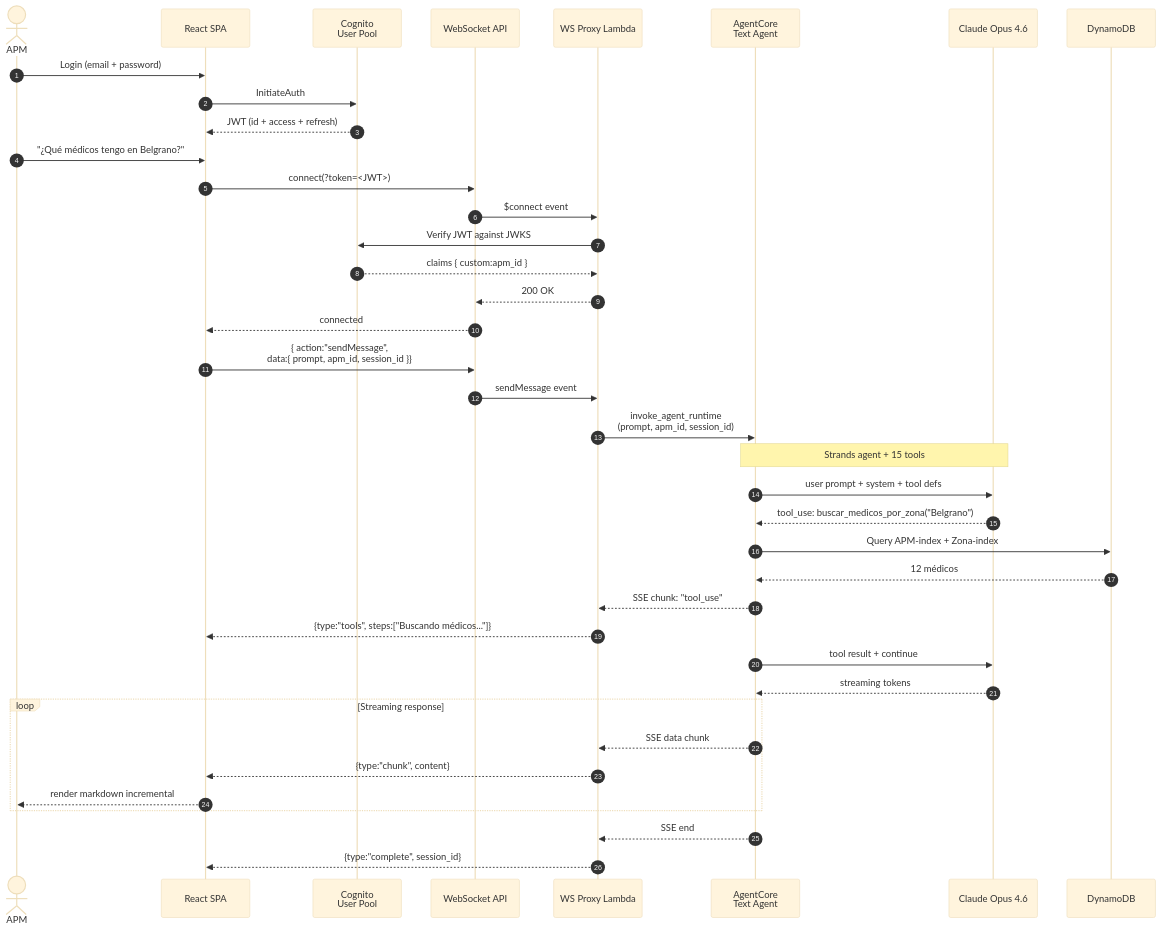
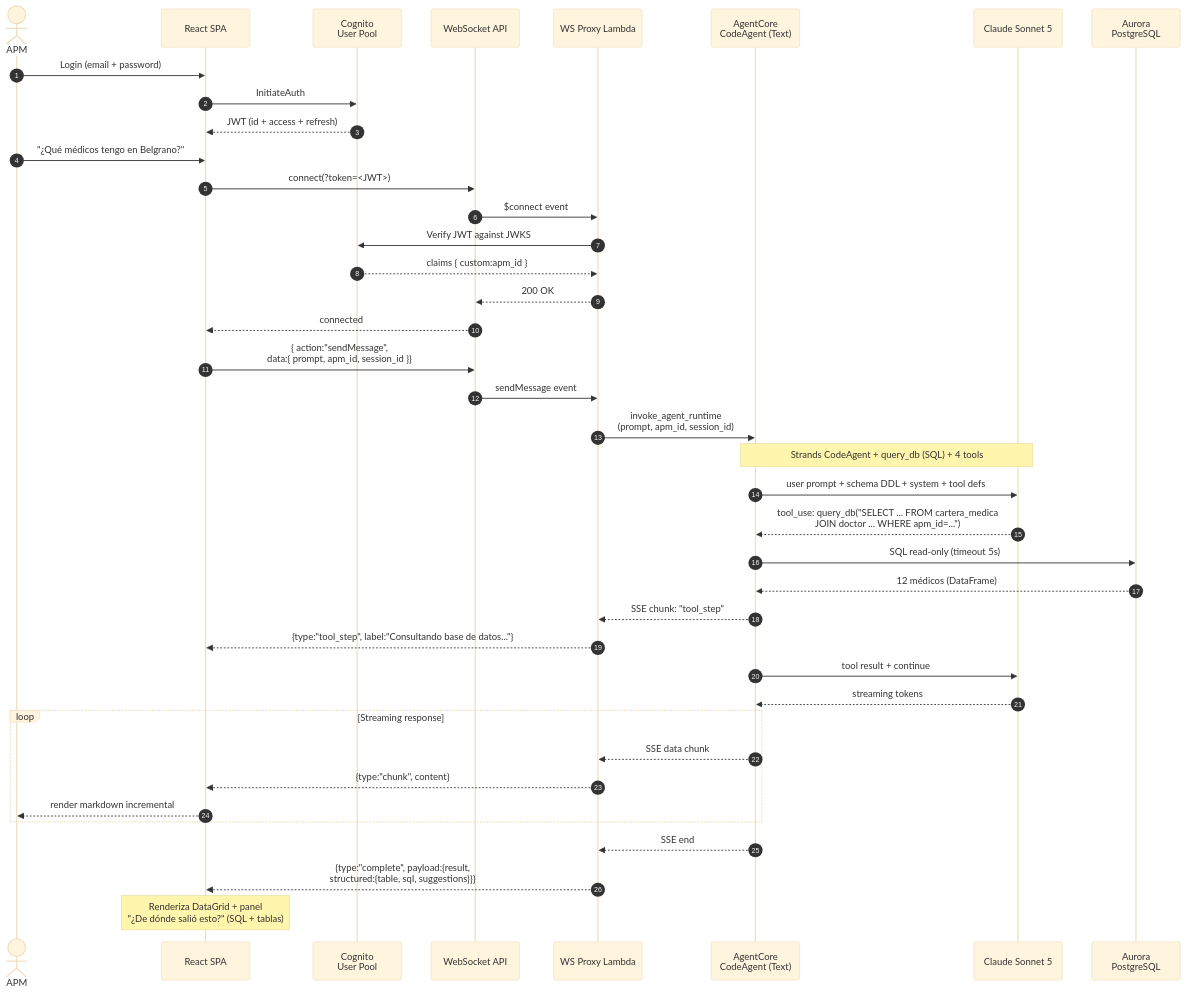
One commit to hmancinifranco/pharmassist changed the second of 2 diagrams in README.md. Above: the diagram before and after it, drawn with Mermaid (base theme). The commit also changed other lines of this file and 15 other files, not shown here.

````diff
--- a/README.md
+++ b/README.md
@@ -137,49 +141,50 @@
 ```mermaid
 sequenceDiagram
     autonumber
     actor APM
     participant SPA as React SPA
     participant Cog as Cognito<br/>User Pool
     participant WS as WebSocket API
     participant λ as WS Proxy Lambda
-    participant AC as AgentCore<br/>Text Agent
-    participant Cl as Claude Opus 4.6
-    participant DDB as DynamoDB
+    participant AC as AgentCore<br/>CodeAgent (Text)
+    participant Cl as Claude Sonnet 5
+    participant AUR as Aurora<br/>PostgreSQL
 
     APM->>SPA: Login (email + password)
     SPA->>Cog: InitiateAuth
     Cog-->>SPA: JWT (id + access + refresh)
 
     APM->>SPA: "¿Qué médicos tengo en Belgrano?"
     SPA->>WS: connect(?token=<JWT>)
     WS->>λ: $connect event
     λ->>Cog: Verify JWT against JWKS
     Cog-->>λ: claims { custom:apm_id }
     λ-->>WS: 200 OK
     WS-->>SPA: connected
 
     SPA->>WS: { action:"sendMessage",<br/>data:{ prompt, apm_id, session_id }}
     WS->>λ: sendMessage event
     λ->>AC: invoke_agent_runtime<br/>(prompt, apm_id, session_id)
 
-    Note over AC,Cl: Strands agent + 15 tools
+    Note over AC,Cl: Strands CodeAgent + query_db (SQL) + 4 tools
 
-    AC->>Cl: user prompt + system + tool defs
-    Cl-->>AC: tool_use: buscar_medicos_por_zona("Belgrano")
-    AC->>DDB: Query APM-index + Zona-index
-    DDB-->>AC: 12 médicos
-    AC-->>λ: SSE chunk: "tool_use"
-    λ-->>SPA: {type:"tools", steps:["Buscando médicos..."]}
+    AC->>Cl: user prompt + schema DDL + system + tool defs
+    Cl-->>AC: tool_use: query_db("SELECT ... FROM cartera_medica<br/>JOIN doctor ... WHERE apm_id=...")
+    AC->>AUR: SQL read-only (timeout 5s)
+    AUR-->>AC: 12 médicos (DataFrame)
+    AC-->>λ: SSE chunk: "tool_step"
+    λ-->>SPA: {type:"tool_step", label:"Consultando base de datos..."}
 
     AC->>Cl: tool result + continue
     Cl-->>AC: streaming tokens
 
     loop Streaming response
         AC-->>λ: SSE data chunk
         λ-->>SPA: {type:"chunk", content}
         SPA-->>APM: render markdown incremental
     end
 
     AC-->>λ: SSE end
-    λ-->>SPA: {type:"complete", session_id}
+    λ-->>SPA: {type:"complete", payload:{result,<br/>structured:{table, sql, suggestions}}}
+    Note over SPA: Renderiza DataGrid + panel<br/>"¿De dónde salió esto?" (SQL + tablas)
 ```
````
